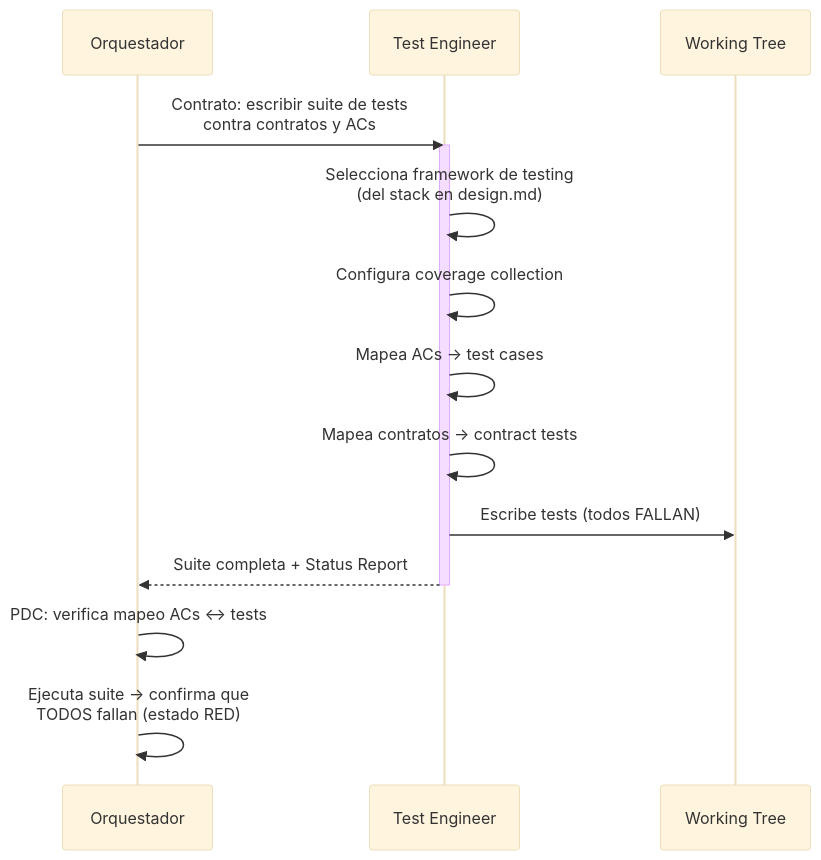
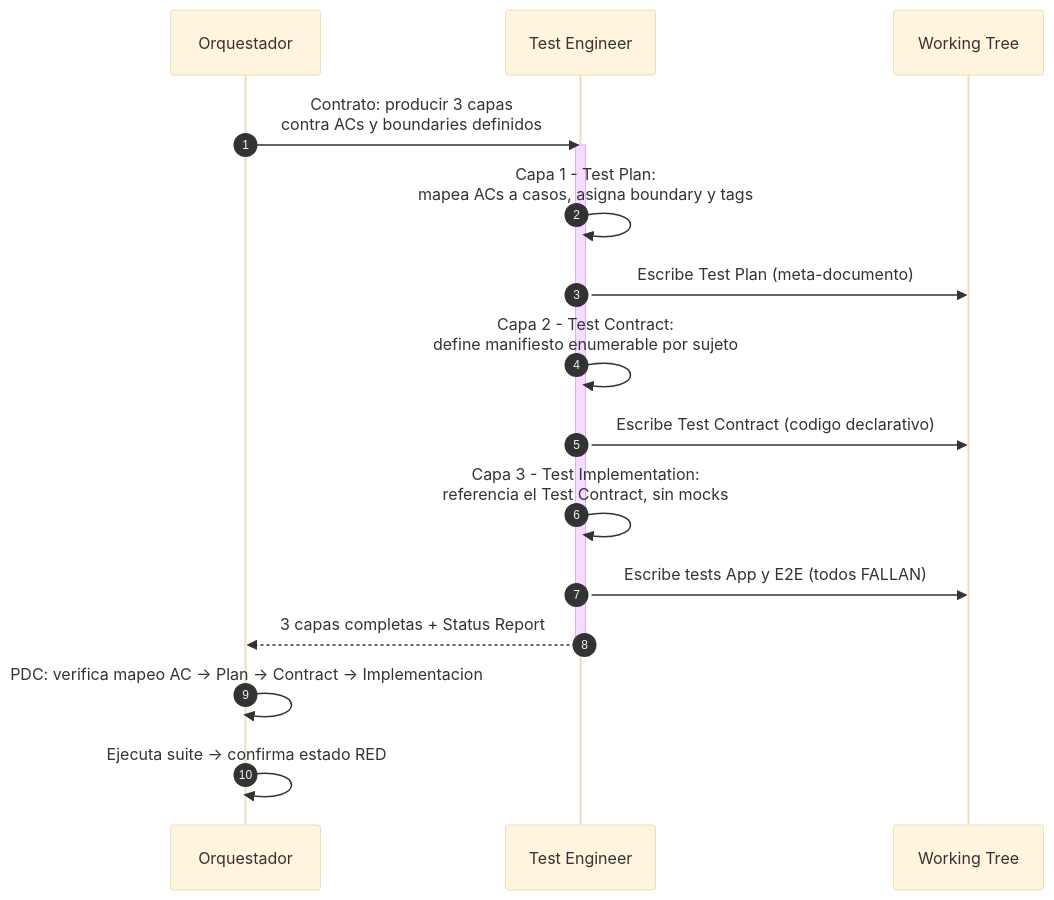
The second of 6 diagrams in docs/execution/red.md (virgenherrera/idea-to-mvp), drawn with Mermaid (base theme) before and after one commit. The commit also changed other lines of this file and 3 other files, not shown here.

First line of the commit message:
feat: boundary-model testing architecture + Accept phase

````diff
--- a/docs/execution/red.md
+++ b/docs/execution/red.md
@@ -72,19 +104,21 @@
 ```mermaid
 sequenceDiagram
+    autonumber
     participant OE as Orquestador
     participant TE as Test Engineer
     participant REPO as Working Tree
 
-    OE->>TE: Contrato: escribir suite de tests<br/>contra contratos y ACs
+    OE->>TE: Contrato: producir 3 capas<br/>contra ACs y boundaries definidos
     activate TE
-    TE->>TE: Selecciona framework de testing<br/>(del stack en design.md)
-    TE->>TE: Configura coverage collection
-    TE->>TE: Mapea ACs → test cases
-    TE->>TE: Mapea contratos → contract tests
-    TE->>REPO: Escribe tests (todos FALLAN)
-    TE-->>OE: Suite completa + Status Report
+    TE->>TE: Capa 1 - Test Plan:<br/>mapea ACs a casos, asigna boundary y tags
+    TE->>REPO: Escribe Test Plan (meta-documento)
+    TE->>TE: Capa 2 - Test Contract:<br/>define manifiesto enumerable por sujeto
+    TE->>REPO: Escribe Test Contract (codigo declarativo)
+    TE->>TE: Capa 3 - Test Implementation:<br/>referencia el Test Contract, sin mocks
+    TE->>REPO: Escribe tests App y E2E (todos FALLAN)
+    TE-->>OE: 3 capas completas + Status Report
     deactivate TE
 
-    OE->>OE: PDC: verifica mapeo ACs ↔ tests
-    OE->>OE: Ejecuta suite → confirma que<br/>TODOS fallan (estado RED)
+    OE->>OE: PDC: verifica mapeo AC -> Plan -> Contract -> Implementacion
+    OE->>OE: Ejecuta suite -> confirma estado RED
 ```
````
